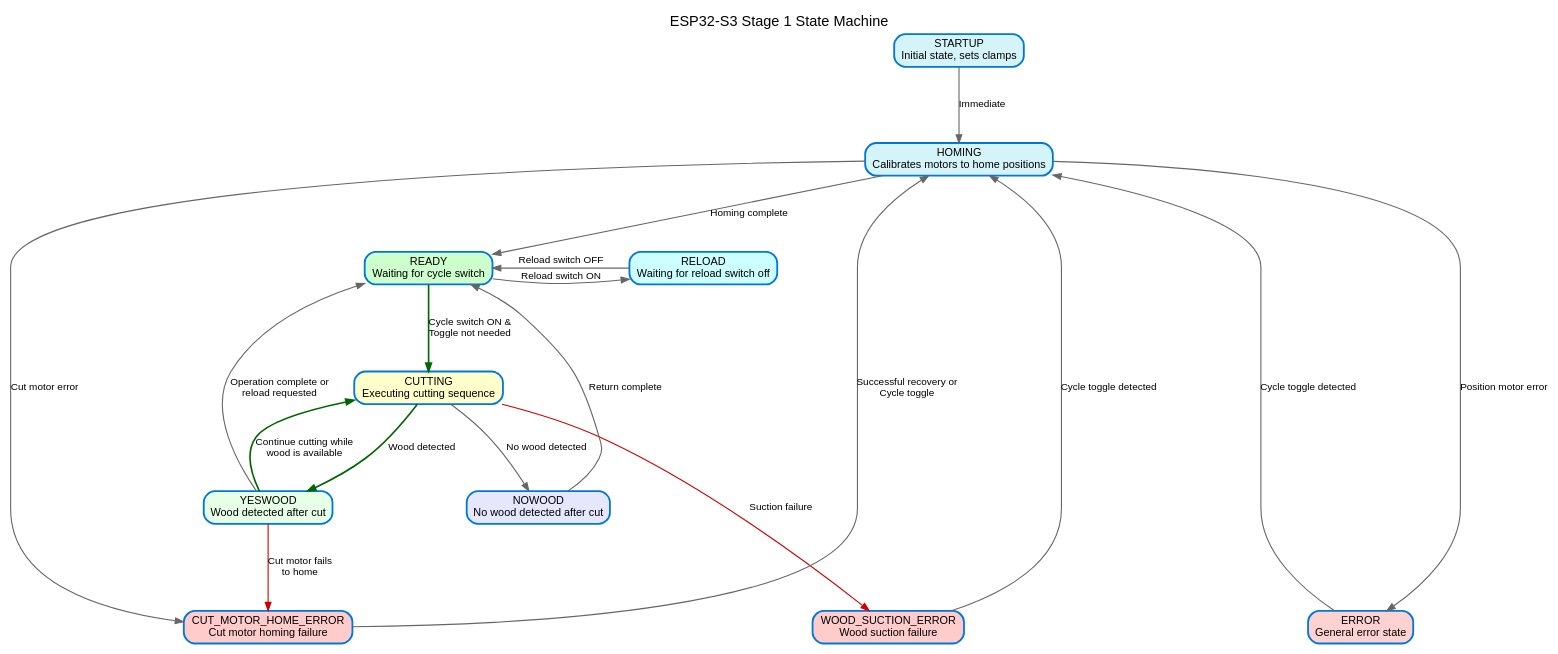
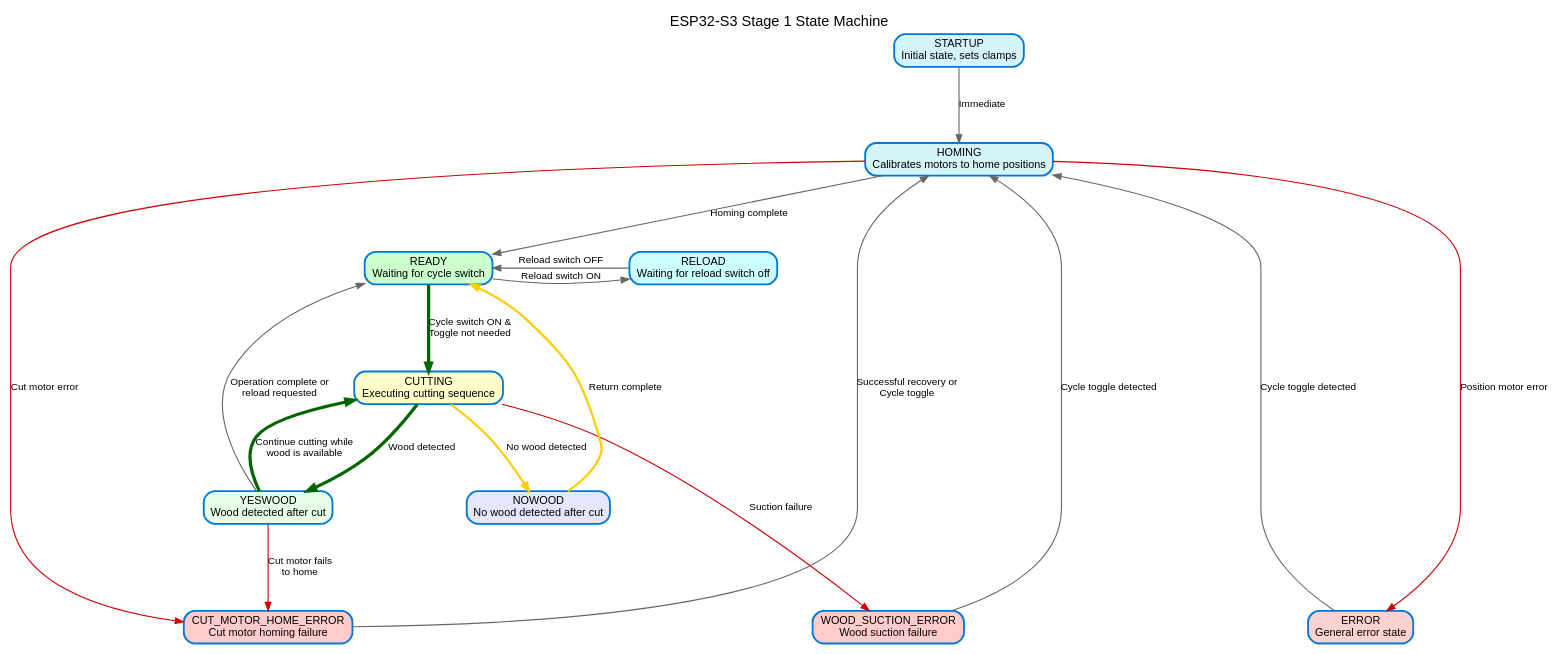
The diagram in flowcharts/state_machine.dot (akivaweil/Stage-1-Mar25), drawn with Graphviz before and after one commit. The commit also changed 3 other files, not shown here.

Commit message:
Enhance flowchart with color coding: green for optimal paths, yellow for secondary paths, red for errors

```diff
--- a/flowcharts/state_machine.dot
+++ b/flowcharts/state_machine.dot
@@ -1,53 +1,53 @@
 digraph StateMachine {
     // Graph styling
     graph [fontname="Arial", fontsize=16, nodesep=0.8, ranksep=1.0, splines=true];
     node [fontname="Arial", fontsize=12, shape=box, style="rounded,filled", fillcolor="#E0F4FF", color="#0078D7", penwidth=2.0];
     edge [fontname="Arial", fontsize=11, color="#666666", penwidth=1.2, arrowsize=0.9];
 
     // Title
     labelloc="t";
     label="ESP32-S3 Stage 1 State Machine";
 
     // State nodes with descriptive labels
     STARTUP [label="STARTUP\nInitial state, sets clamps", fillcolor="#D4F4FA"];
     HOMING [label="HOMING\nCalibrates motors to home positions", fillcolor="#D4F4FA"];
     READY [label="READY\nWaiting for cycle switch", fillcolor="#CCFFCC"];
     RELOAD [label="RELOAD\nWaiting for reload switch off", fillcolor="#CCFFFF"];
     CUTTING [label="CUTTING\nExecuting cutting sequence", fillcolor="#FFFFCC"];
     YESWOOD [label="YESWOOD\nWood detected after cut", fillcolor="#E6FFE6"];
     NOWOOD [label="NOWOOD\nNo wood detected after cut", fillcolor="#E6E6FF"];
     ERROR [label="ERROR\nGeneral error state", fillcolor="#FFD2D2"];
     WOOD_SUCTION_ERROR [label="WOOD_SUCTION_ERROR\nWood suction failure", fillcolor="#FFCCCB"];
     CUT_MOTOR_HOME_ERROR [label="CUT_MOTOR_HOME_ERROR\nCut motor homing failure", fillcolor="#FFCCCB"];
 
     // Transition edges
     STARTUP -> HOMING [label="Immediate"];
     
     HOMING -> READY [label="Homing complete"];
-    HOMING -> ERROR [label="Position motor error"];
-    HOMING -> CUT_MOTOR_HOME_ERROR [label="Cut motor error"];
+    HOMING -> ERROR [label="Position motor error", color="#CC0000"];
+    HOMING -> CUT_MOTOR_HOME_ERROR [label="Cut motor error", color="#CC0000"];
     
     READY -> RELOAD [label="Reload switch ON"];
-    READY -> CUTTING [label="Cycle switch ON &\nToggle not needed", color="#006600", penwidth=1.8];
+    READY -> CUTTING [label="Cycle switch ON &\nToggle not needed", color="#006600", penwidth=3.6];
     
     RELOAD -> READY [label="Reload switch OFF"];
     
-    CUTTING -> YESWOOD [label="Wood detected", color="#006600", penwidth=1.8];
-    CUTTING -> NOWOOD [label="No wood detected"];
+    CUTTING -> YESWOOD [label="Wood detected", color="#006600", penwidth=3.6];
+    CUTTING -> NOWOOD [label="No wood detected", color="#FFCC00", penwidth=2.4];
     CUTTING -> WOOD_SUCTION_ERROR [label="Suction failure", color="#CC0000"];
     
     YESWOOD -> READY [label="Operation complete or\nreload requested"];
-    YESWOOD -> CUTTING [label="Continue cutting while\nwood is available", color="#006600", penwidth=1.8];
+    YESWOOD -> CUTTING [label="Continue cutting while\nwood is available", color="#006600", penwidth=3.6];
     YESWOOD -> CUT_MOTOR_HOME_ERROR [label="Cut motor fails\nto home", color="#CC0000"];
     
-    NOWOOD -> READY [label="Return complete"];
+    NOWOOD -> READY [label="Return complete", color="#FFCC00", penwidth=2.4];
     
     ERROR -> HOMING [label="Cycle toggle detected"];
     WOOD_SUCTION_ERROR -> HOMING [label="Cycle toggle detected"];
     CUT_MOTOR_HOME_ERROR -> HOMING [label="Successful recovery or\nCycle toggle"];
 
     // Formatting to improve layout
     { rank=same; READY RELOAD }
     { rank=same; YESWOOD NOWOOD }
     { rank=same; ERROR WOOD_SUCTION_ERROR CUT_MOTOR_HOME_ERROR }
 } 
```
